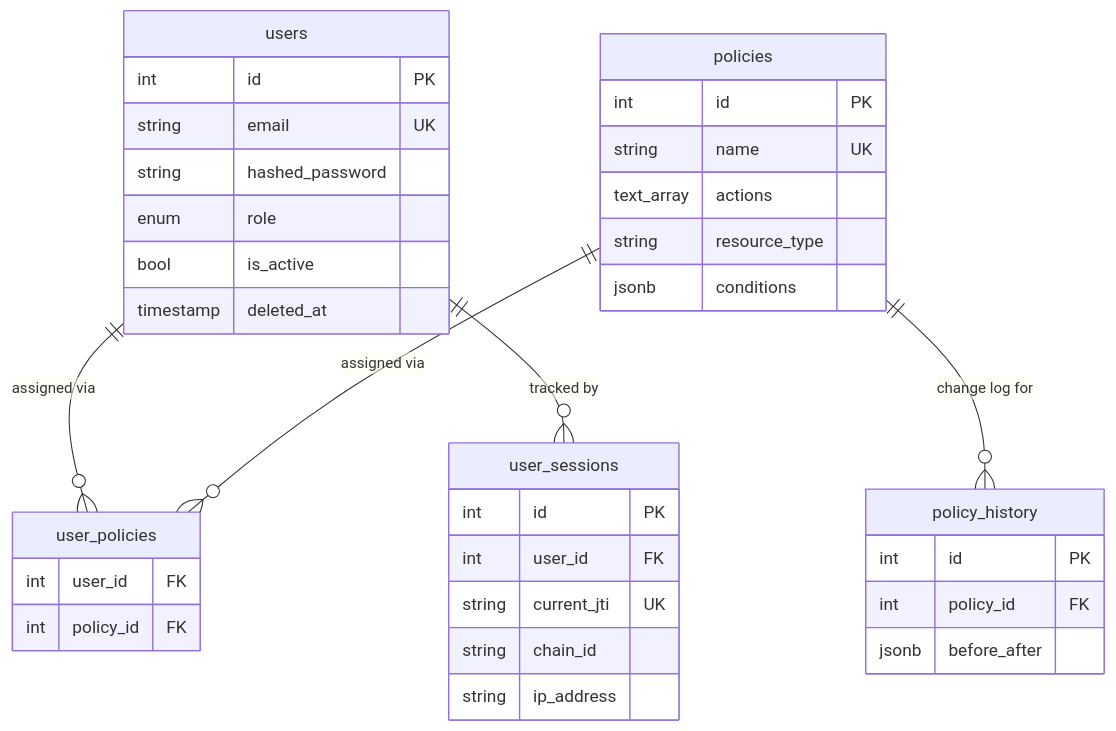
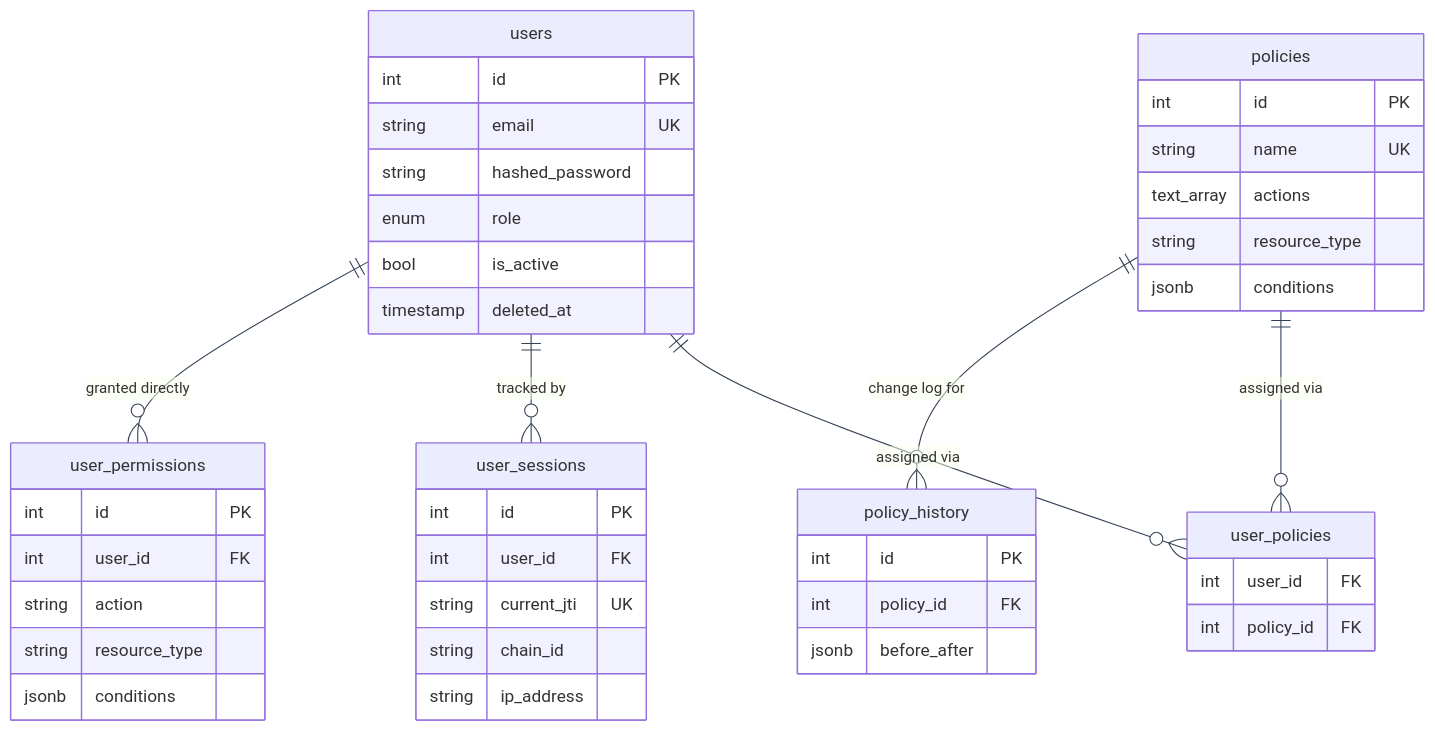
One commit to Nachiket-2024/mystic-auth changed the first of 2 diagrams in docs/mystic_auth/database/design.md. Above: the diagram before and after it, drawn with Mermaid. The commit also changed other lines of this file and 630 other files, not shown here.

````diff
--- a/docs/mystic_auth/database/design.md
+++ b/docs/mystic_auth/database/design.md
@@ -7,40 +9,48 @@
 ```mermaid
-%%{init: {"er": {"fontSize": 18}} }%%
+%%{init: {"er": {"fontSize": 18}, "themeVariables": {"lineColor": "#334155"}, "themeCSS": ".relationshipLine { stroke-width: 2px !important; }"} }%%
 erDiagram
     users ||--o{ user_policies : "assigned via"
     policies ||--o{ user_policies : "assigned via"
     policies ||--o{ policy_history : "change log for"
     users ||--o{ user_sessions : "tracked by"
+    users ||--o{ user_permissions : "granted directly"
 
     users {
         int id PK
         string email UK
         string hashed_password
         enum role
         bool is_active
         timestamp deleted_at
     }
     policies {
         int id PK
         string name UK
         text_array actions
         string resource_type
         jsonb conditions
     }
     user_policies {
         int user_id FK
         int policy_id FK
     }
     policy_history {
         int id PK
         int policy_id FK
         jsonb before_after
     }
     user_sessions {
         int id PK
         int user_id FK
         string current_jti UK
         string chain_id
         string ip_address
     }
+    user_permissions {
+        int id PK
+        int user_id FK
+        string action
+        string resource_type
+        jsonb conditions
+    }
 ```
````
